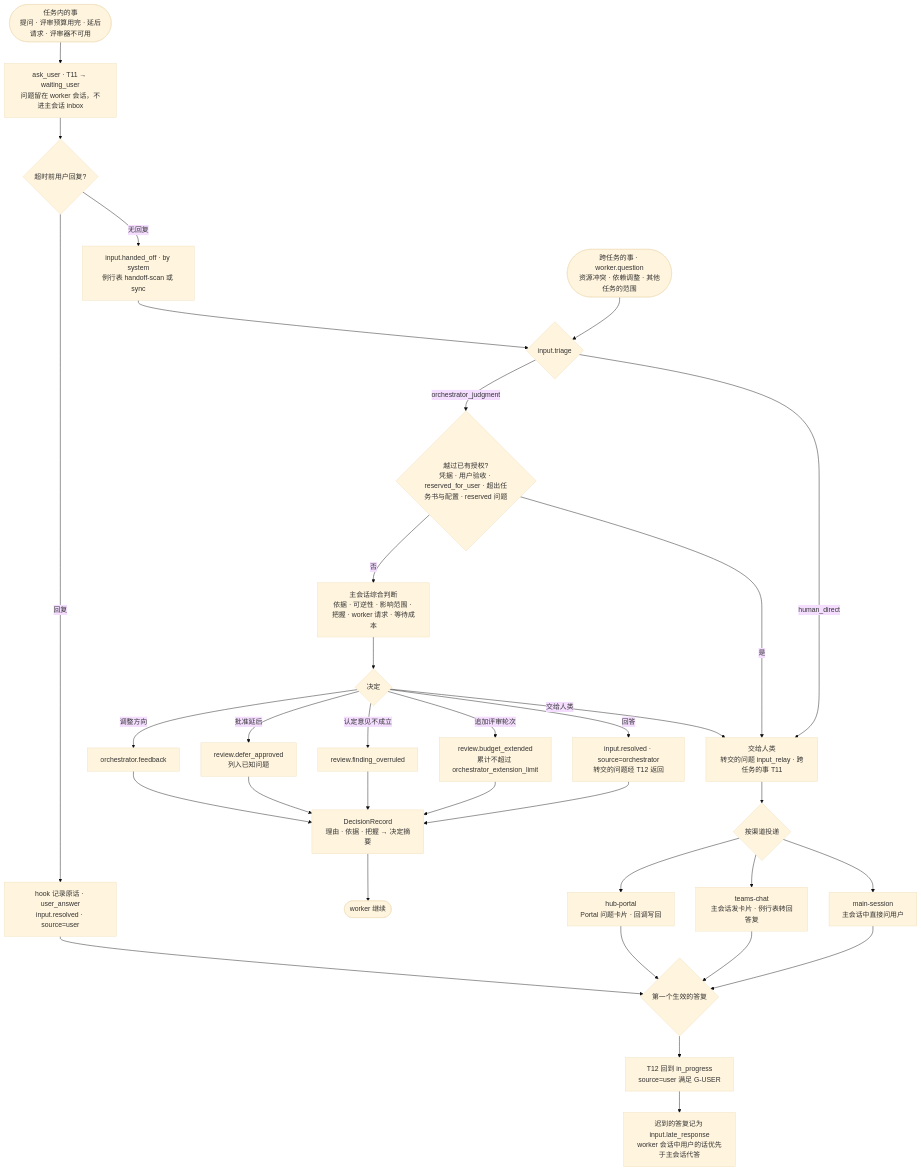
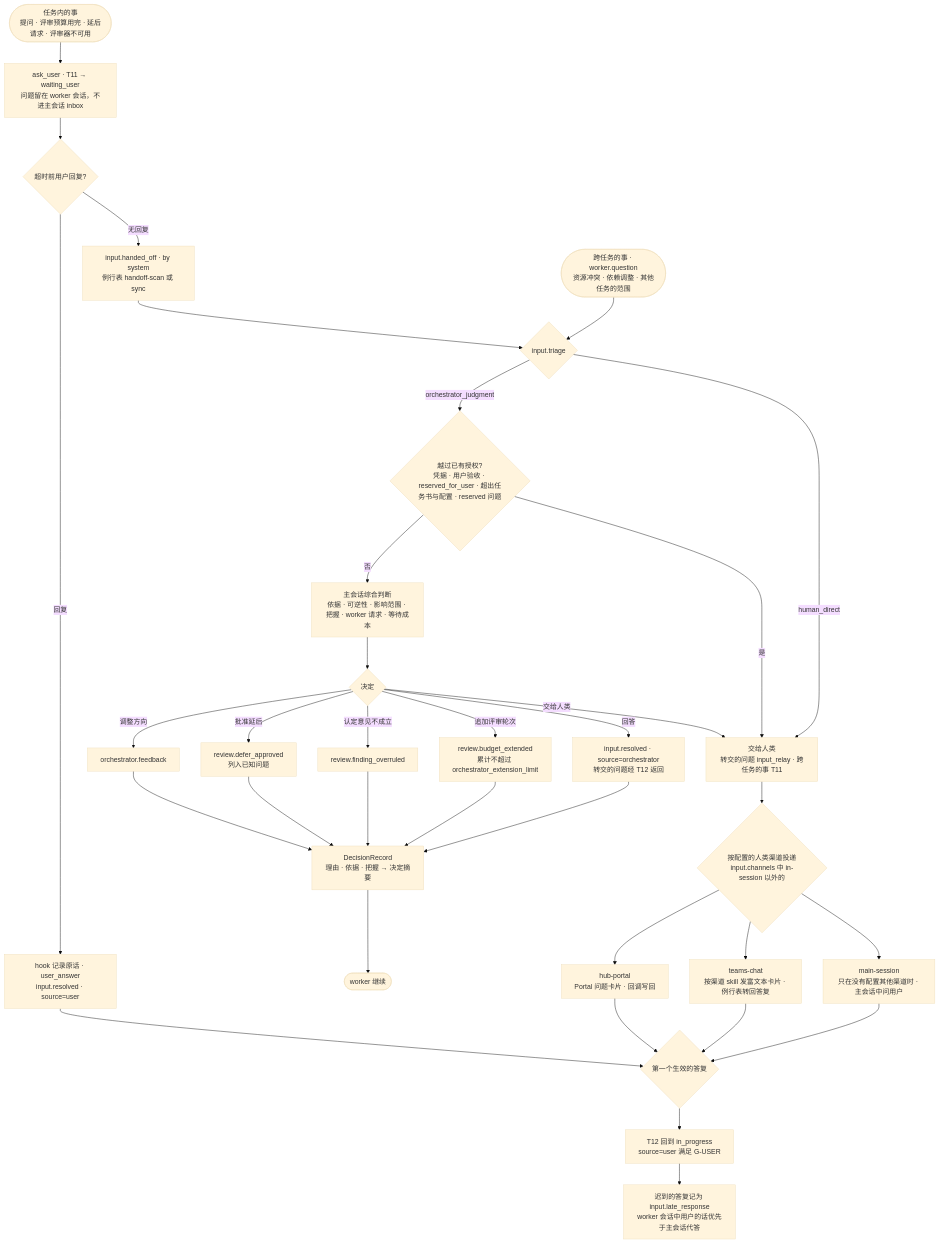
The diagram in docs/design/diagrams/input-routing.mmd (flyrobin620/task-steward), drawn with Mermaid (base theme) before and after one commit. The commit also changed 20 other files, not shown here.

First line of the commit message:
host: question flow skill and rich-text Teams cards (T256)

```diff
--- a/docs/design/diagrams/input-routing.mmd
+++ b/docs/design/diagrams/input-routing.mmd
@@ -1,35 +1,35 @@
 flowchart TD
     Q1([任务内的事<br/>提问 · 评审预算用完 · 延后请求 · 评审器不可用]) --> ASK
     Q2([跨任务的事 · worker.question<br/>资源冲突 · 依赖调整 · 其他任务的范围]) --> J
     ASK[ask_user · T11 → waiting_user<br/>问题留在 worker 会话，不进主会话 inbox] --> U{超时前用户回复?}
     U -- 回复 --> UA[hook 记录原话 · user_answer<br/>input.resolved · source=user]
     U -- 无回复 --> HO[input.handed_off · by system<br/>例行表 handoff-scan 或 sync]
     HO --> J
     J{input.triage}
     J -- human_direct --> ESC
     J -- orchestrator_judgment --> A{越过已有授权?<br/>凭据 · 用户验收 · reserved_for_user · 超出任务书与配置 · reserved 问题}
     A -- 是 --> ESC
     A -- 否 --> F[主会话综合判断<br/>依据 · 可逆性 · 影响范围 · 把握 · worker 请求 · 等待成本]
     F --> D{决定}
     D -- 回答 --> R1[input.resolved · source=orchestrator<br/>转交的问题经 T12 返回]
     D -- 追加评审轮次 --> R2[review.budget_extended<br/>累计不超过 orchestrator_extension_limit]
     D -- 认定意见不成立 --> R3[review.finding_overruled]
     D -- 批准延后 --> R4[review.defer_approved<br/>列入已知问题]
     D -- 调整方向 --> R5[orchestrator.feedback]
     D -- 交给人类 --> ESC
     R1 --> DR[DecisionRecord<br/>理由 · 依据 · 把握 → 决定摘要]
     R2 --> DR
     R3 --> DR
     R4 --> DR
     R5 --> DR
     DR --> W1([worker 继续])
-    ESC[交给人类<br/>转交的问题 input_relay · 跨任务的事 T11] --> CH{按渠道投递}
-    CH --> S1[main-session<br/>主会话中直接问用户]
-    CH --> S2[teams-chat<br/>主会话发卡片 · 例行表转回答复]
+    ESC[交给人类<br/>转交的问题 input_relay · 跨任务的事 T11] --> CH{按配置的人类渠道投递<br/>input.channels 中 in-session 以外的}
+    CH --> S1[main-session<br/>只在没有配置其他渠道时 · 主会话中问用户]
+    CH --> S2[teams-chat<br/>按渠道 skill 发富文本卡片 · 例行表转回答复]
     CH --> S3[hub-portal<br/>Portal 问题卡片 · 回调写回]
     S1 --> V{第一个生效的答复}
     S2 --> V
     S3 --> V
     UA --> V
     V --> RR[T12 回到 in_progress<br/>source=user 满足 G-USER]
     RR --> C[迟到的答复记为 input.late_response<br/>worker 会话中用户的话优先于主会话代答]
```
